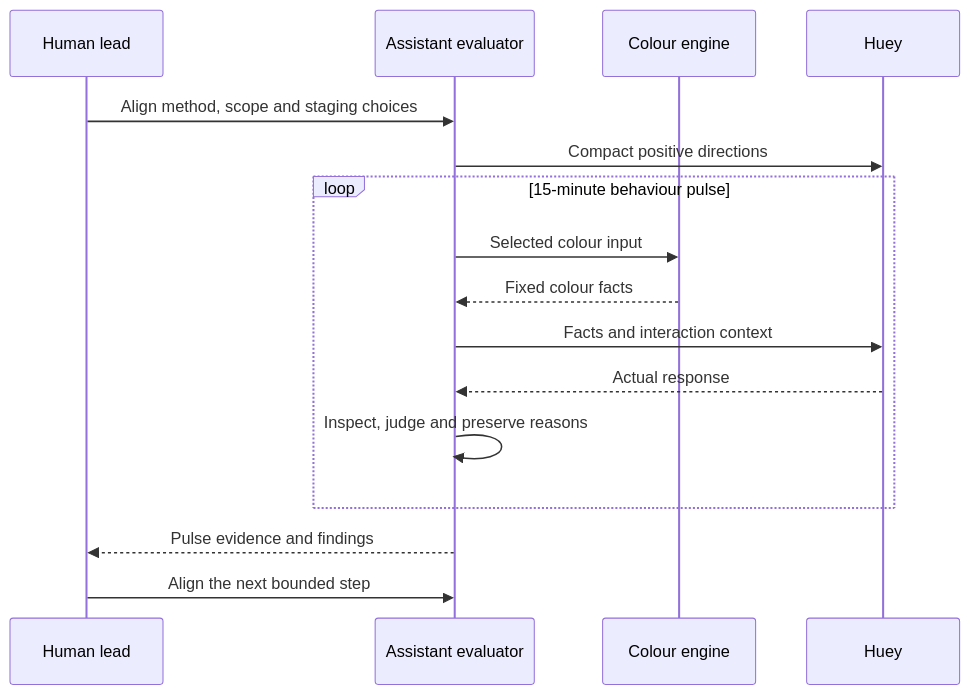
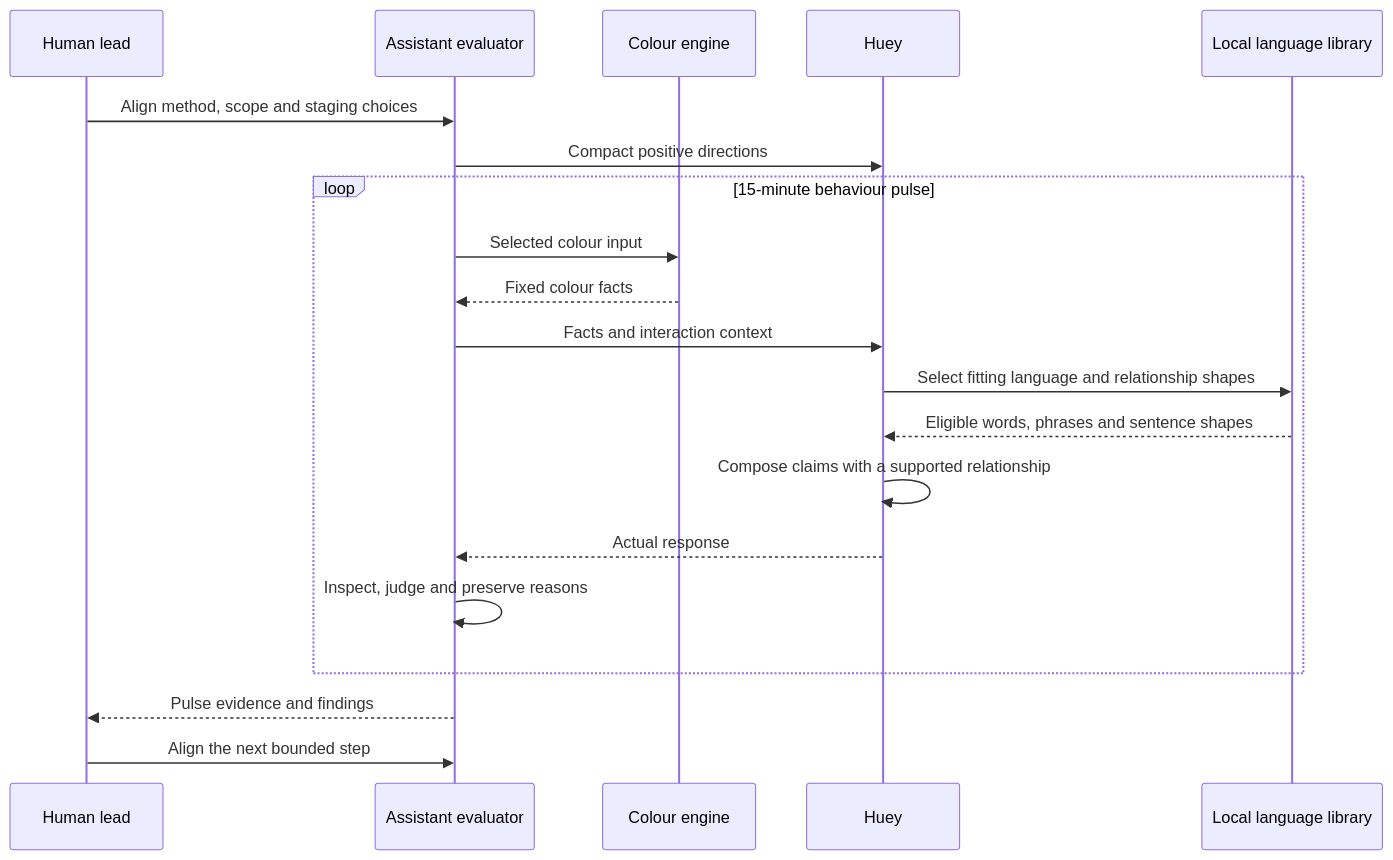
One commit to tryskian/huemiliator changed the diagram in docs/diagrams/BEHAVIOUR_PULSE.md. Above: the diagram before and after it, drawn with Mermaid. The commit also changed other lines of this file and 8 other files, not shown here.

Commit message:
docs: define Hue's character and local language staging (#139)

````diff
--- a/docs/diagrams/BEHAVIOUR_PULSE.md
+++ b/docs/diagrams/BEHAVIOUR_PULSE.md
@@ -10,19 +10,23 @@
 ```mermaid
 sequenceDiagram
   participant L as Human lead
   participant A as Assistant evaluator
   participant C as Colour engine
   participant H as Huey
+  participant B as Local language library
 
   L->>A: Align method, scope and staging choices
   A->>H: Compact positive directions
   loop 15-minute behaviour pulse
     A->>C: Selected colour input
     C-->>A: Fixed colour facts
     A->>H: Facts and interaction context
+    H->>B: Select fitting language and relationship shapes
+    B-->>H: Eligible words, phrases and sentence shapes
+    H->>H: Compose claims with a supported relationship
     H-->>A: Actual response
     A->>A: Inspect, judge and preserve reasons
   end
   A-->>L: Pulse evidence and findings
   L->>A: Align the next bounded step
 ```
````
